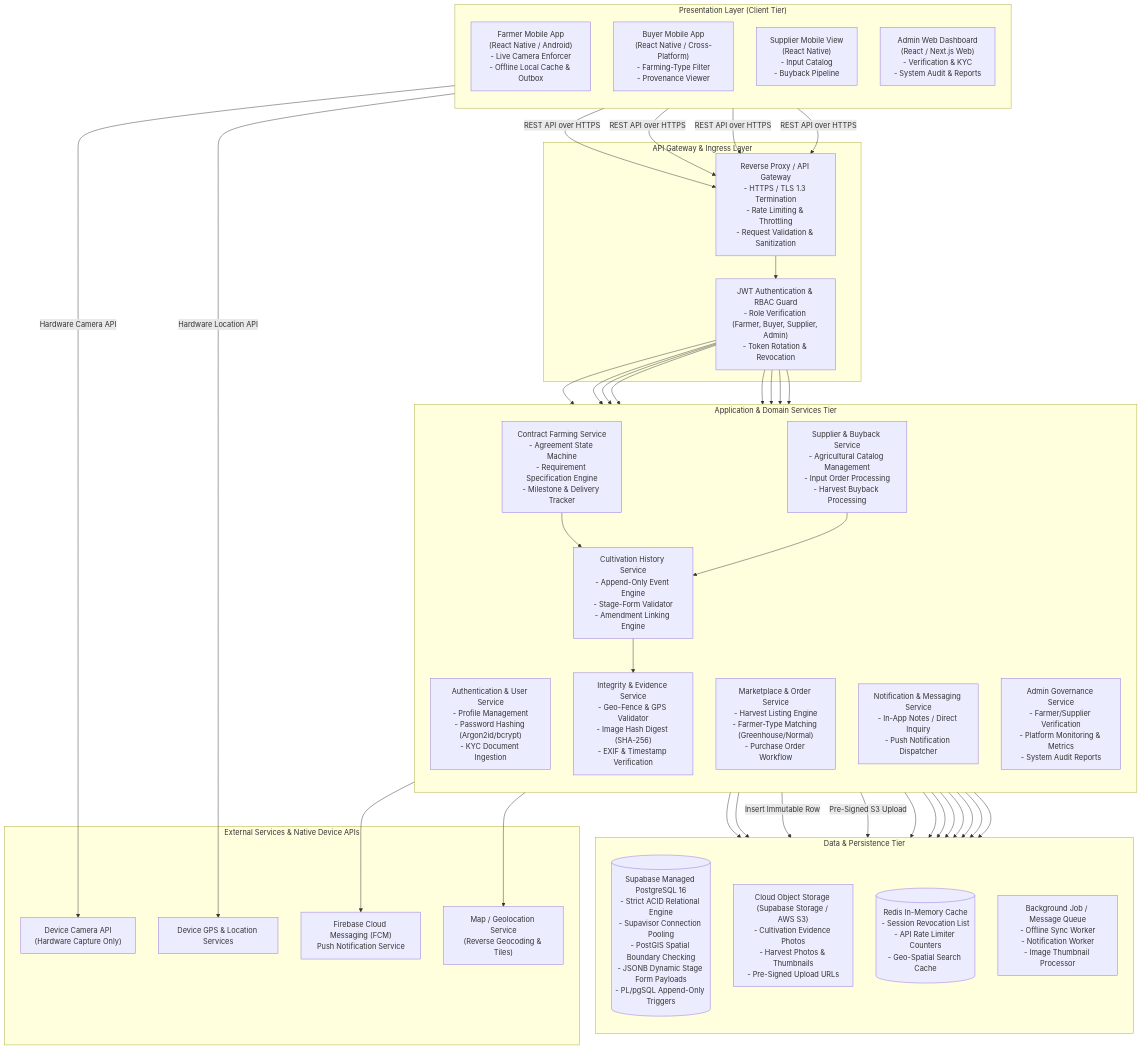
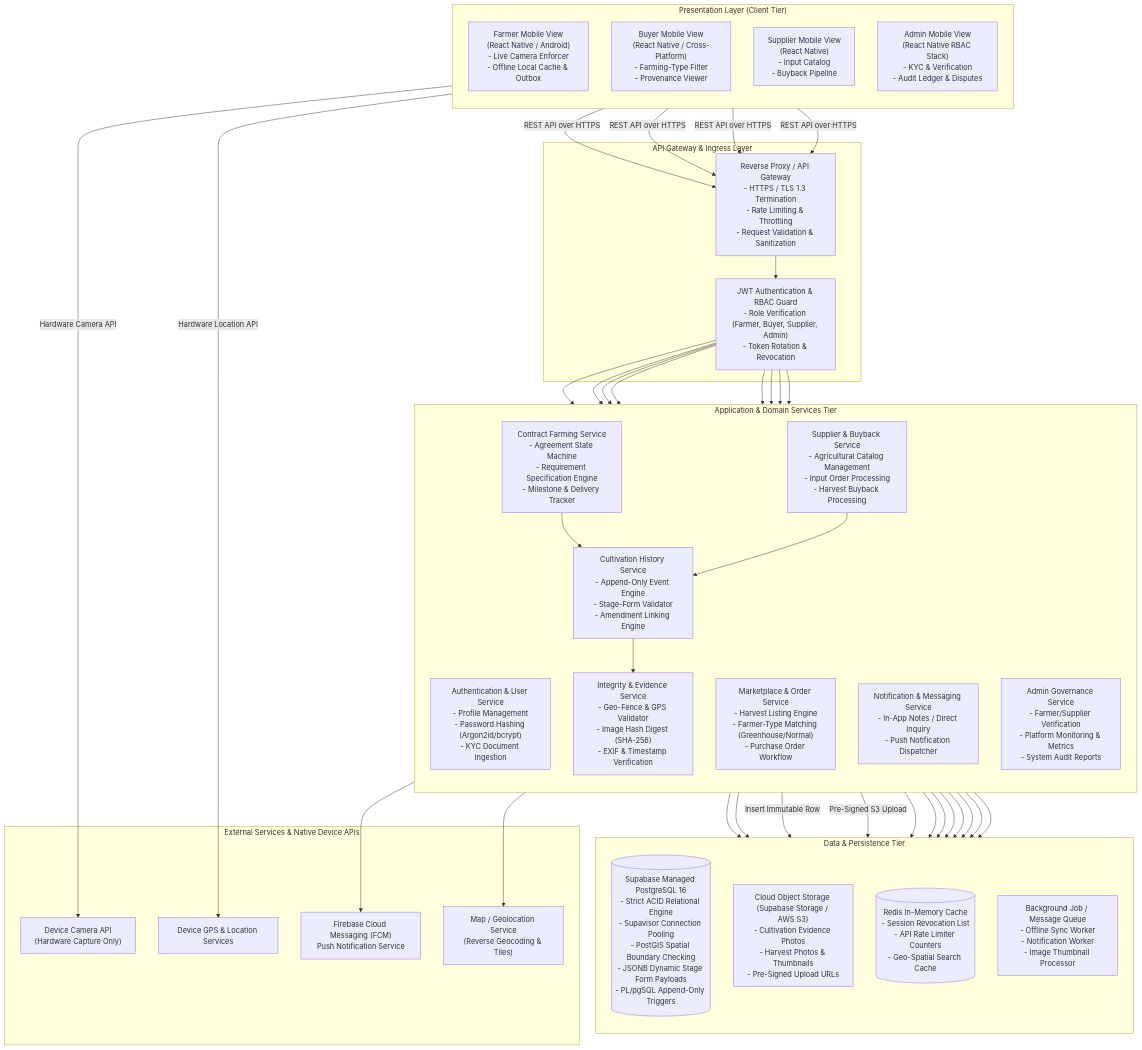
Before and after one commit to HemalshaAdasooriya/TraceRoot-Demo: the first of 3 diagrams in SYSTEM_ARCHITECTURE.md, drawn with Mermaid. The commit also changed other lines of this file and 3 other files, not shown here.

Commit message:
refactor: transition admin portal from web dashboard to mobile view and add backend env template

```diff
--- a/SYSTEM_ARCHITECTURE.md
+++ b/SYSTEM_ARCHITECTURE.md
@@ -57,10 +58,10 @@
 graph TB
     subgraph Presentation_Layer["Presentation Layer (Client Tier)"]
         direction TB
-        FarmerApp["Farmer Mobile App<br/>(React Native / Android)<br/>- Live Camera Enforcer<br/>- Offline Local Cache & Outbox"]
-        BuyerApp["Buyer Mobile App<br/>(React Native / Cross-Platform)<br/>- Farming-Type Filter<br/>- Provenance Viewer"]
+        FarmerApp["Farmer Mobile View<br/>(React Native / Android)<br/>- Live Camera Enforcer<br/>- Offline Local Cache & Outbox"]
+        BuyerApp["Buyer Mobile View<br/>(React Native / Cross-Platform)<br/>- Farming-Type Filter<br/>- Provenance Viewer"]
         SupplierApp["Supplier Mobile View<br/>(React Native)<br/>- Input Catalog<br/>- Buyback Pipeline"]
-        AdminWeb["Admin Web Dashboard<br/>(React / Next.js Web)<br/>- Verification & KYC<br/>- System Audit & Reports"]
+        AdminApp["Admin Mobile View<br/>(React Native RBAC Stack)<br/>- KYC & Verification<br/>- Audit Ledger & Disputes"]
     end
 
     subgraph Security_Gateway["API Gateway & Ingress Layer"]
@@ -101,7 +102,7 @@
     FarmerApp -->|REST API over HTTPS| Gateway
     BuyerApp -->|REST API over HTTPS| Gateway
     SupplierApp -->|REST API over HTTPS| Gateway
-    AdminWeb -->|REST API over HTTPS| Gateway
+    AdminApp -->|REST API over HTTPS| Gateway
 
     %% Gateway to Security & Services
     Gateway --> AuthFilter
```
